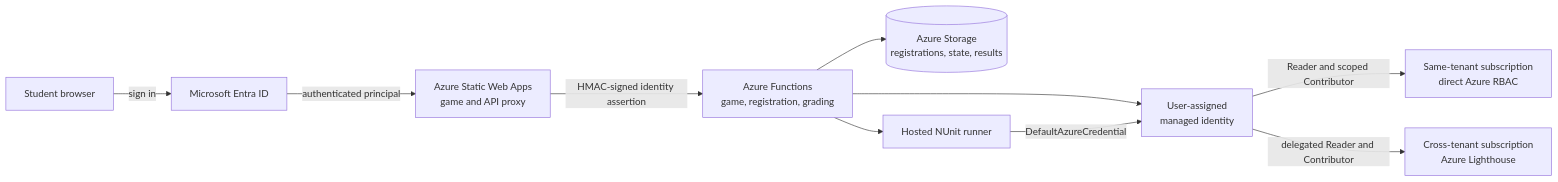
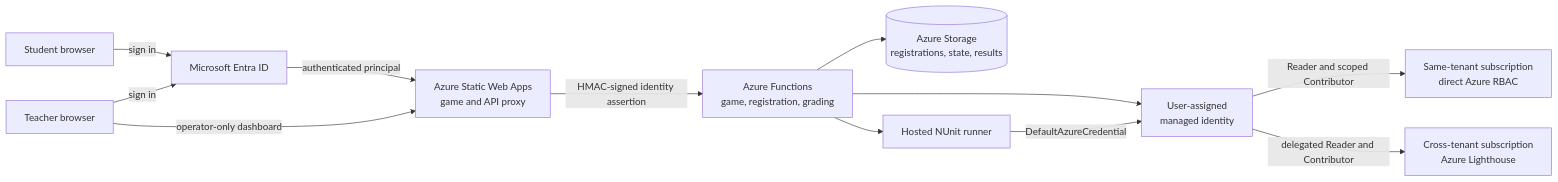
The first of 4 diagrams in docs/technical-design.md (wongcyrus/AzureAutomaticGradingEngine_Assignments), drawn with Mermaid before and after one commit. The commit also changed other lines of this file and 8 other files, not shown here.

````diff
--- a/docs/technical-design.md
+++ b/docs/technical-design.md
@@ -19,22 +19,25 @@
 ```mermaid
 flowchart LR
     Student[Student browser]
+    Teacher[Teacher browser]
     Entra[Microsoft Entra ID]
     SWA[Azure Static Web Apps<br/>game and API proxy]
     Function[Azure Functions<br/>game, registration, grading]
     Identity[User-assigned<br/>managed identity]
     Storage[(Azure Storage<br/>registrations, state, results)]
     Direct[Same-tenant subscription<br/>direct Azure RBAC]
     Lighthouse[Cross-tenant subscription<br/>Azure Lighthouse]
     Runner[Hosted NUnit runner]
 
     Student -->|sign in| Entra
+    Teacher -->|sign in| Entra
     Entra -->|authenticated principal| SWA
     SWA -->|HMAC-signed identity assertion| Function
+    Teacher -->|operator-only dashboard| SWA
     Function --> Storage
     Function --> Runner
     Function --> Identity
     Identity -->|Reader and scoped Contributor| Direct
     Identity -->|delegated Reader and Contributor| Lighthouse
     Runner -->|DefaultAzureCredential| Identity
 ```
````
